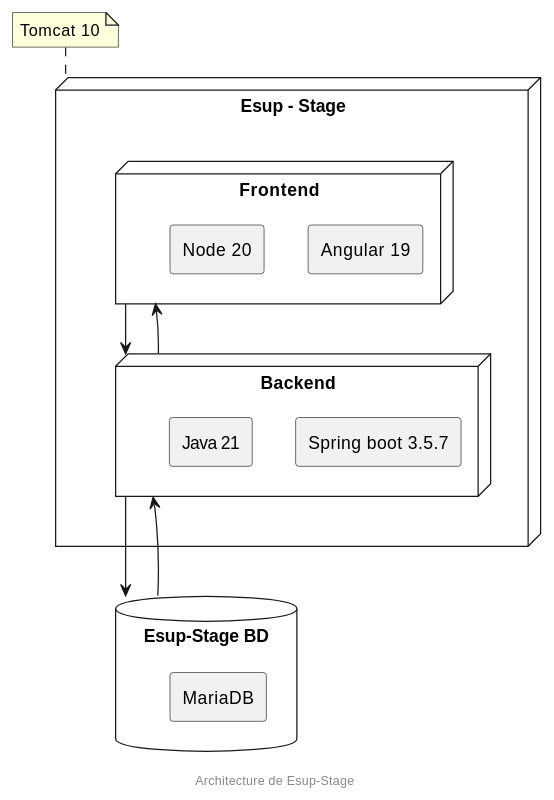
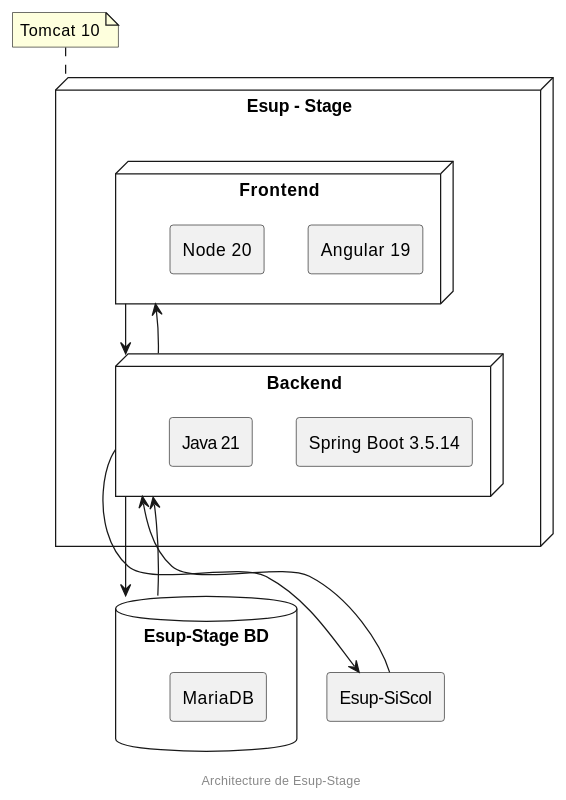
Before and after one commit to EsupPortail/esup-stage: the diagram in src/docs/modules/doc-technique/pages/archi-tech.adoc, drawn with PlantUML. The commit also changed 19 other files, not shown here.

```diff
--- a/src/docs/modules/doc-technique/pages/archi-tech.adoc
+++ b/src/docs/modules/doc-technique/pages/archi-tech.adoc
@@ -5,43 +5,49 @@
 [plantuml]
 ----
 @startuml
 skinparam componentStyle rectangle
 
 Node "Esup - Stage" {
 
 
     
     
     Node "Frontend" as frontend {
         [Angular 19] as angular
         [Node 20] as Node
     }
     
     Node "Backend" as backend {
-        [Spring boot 3.5.7] as spring
+        [Spring Boot 3.5.14] as spring
         [Java 21] as java
     }
     
 
 }
 
     note top of "Esup - Stage"
     Tomcat 10
     end note
-    
 
 database "Esup-Stage BD" as db {
     component "MariaDB" as mariadb
 }
 
+rectangle "Esup-SiScol" as esiscol {
+}
+
 frontend -[hidden]d- backend
 backend -[hidden]d- db
+db -[hidden]r- esiscol
 
 frontend -down-> backend
 backend -up-> frontend
+backend -down-> esiscol
+esiscol -up-> backend
 backend -down-> db
 db -up-> backend
+
 
 center footer Architecture de Esup-Stage
 @enduml
 ----
```
